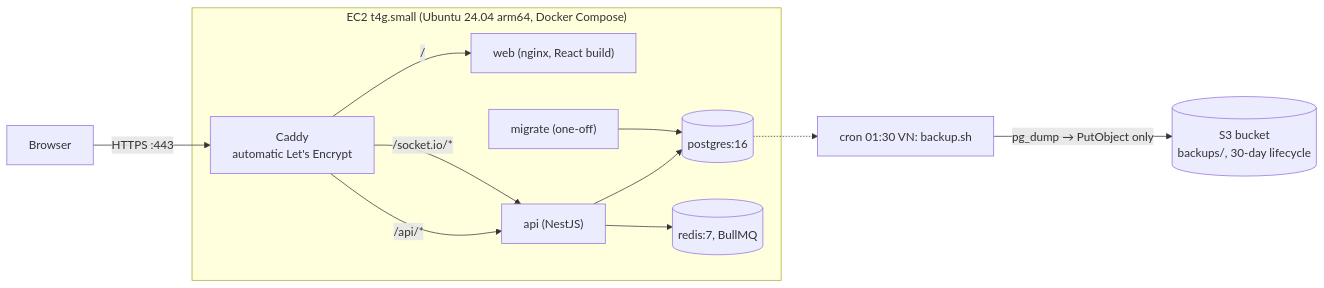
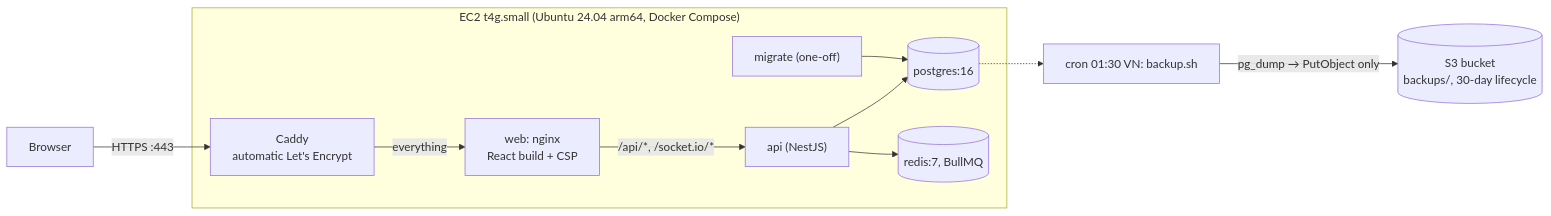
One commit to manhth197/affiliate-crm changed the diagram in docs/deploy/aws.md. Above: the diagram before and after it, drawn with Mermaid. The commit also changed other lines of this file and 5 other files, not shown here.

First line of the commit message:
feat(compose): web service in the app profile; prod routes Caddy → web nginx → api

````diff
--- a/docs/deploy/aws.md
+++ b/docs/deploy/aws.md
@@ -69,14 +69,13 @@
 ```mermaid
 flowchart LR
   U["Browser"] -->|"HTTPS :443"| C["Caddy<br/>automatic Let's Encrypt"]
   subgraph EC2["EC2 t4g.small (Ubuntu 24.04 arm64, Docker Compose)"]
-    C -->|"/"| W["web (nginx, React build)"]
-    C -->|"/api/*"| A["api (NestJS)"]
-    C -->|"/socket.io/*"| A
+    C -->|"everything"| W["web: nginx<br/>React build + CSP"]
+    W -->|"/api/*, /socket.io/*"| A["api (NestJS)"]
     A --> P[("postgres:16")]
     A --> R[("redis:7, BullMQ")]
     M["migrate (one-off)"] --> P
   end
   CRON["cron 01:30 VN: backup.sh"] -->|"pg_dump → PutObject only"| S3[("S3 bucket<br/>backups/, 30-day lifecycle")]
   P -.-> CRON
 ```
````
